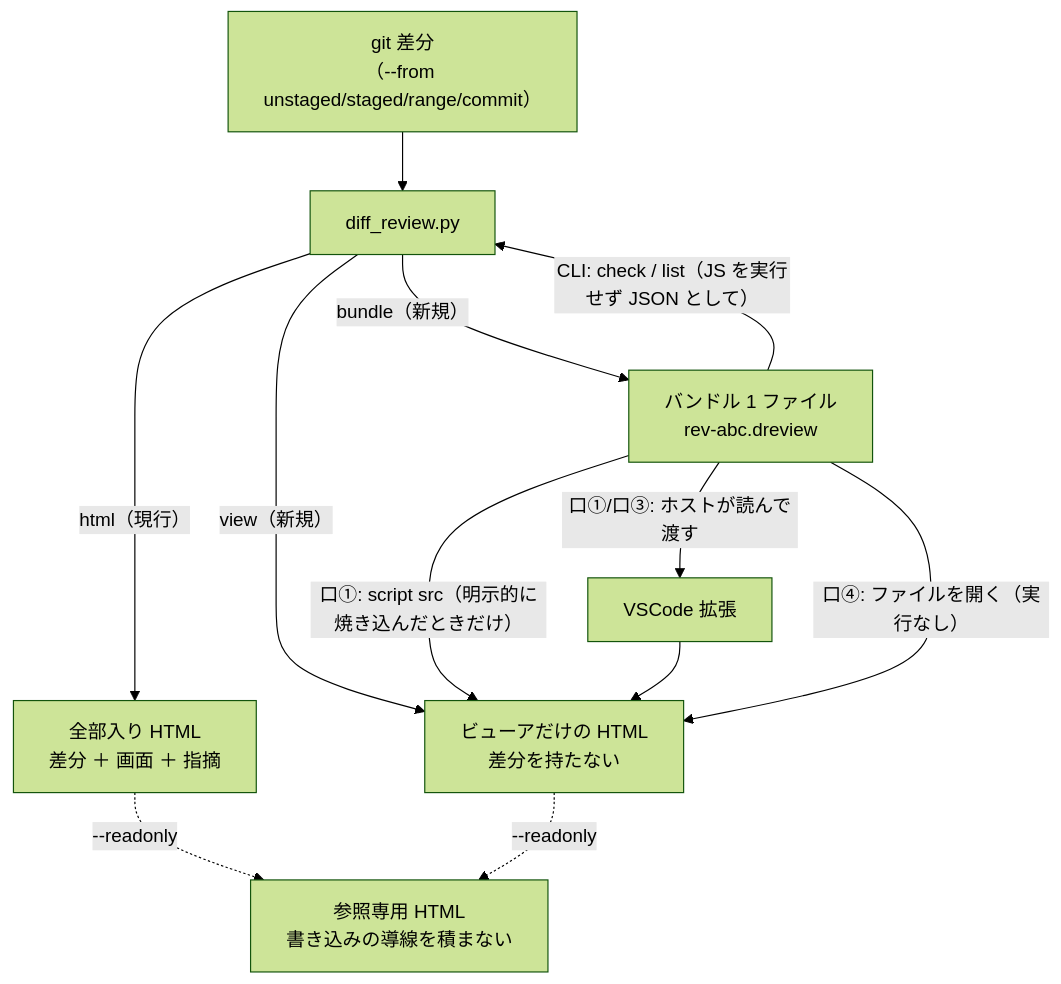
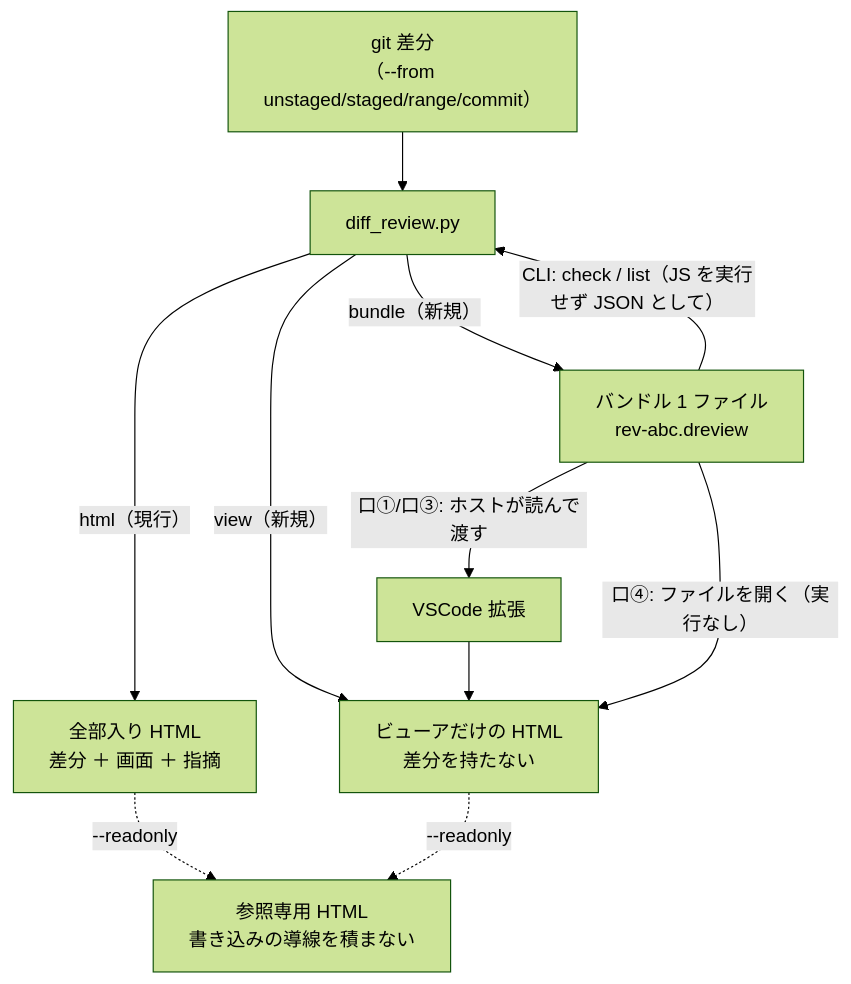
The diagram in .aidev/works/20260916-diff-review-bundle/design.md (asaomaro/public_docs), drawn with Mermaid (forest theme) before and after one commit. The commit also changed other lines of this file and 11 other files, not shown here.

````diff
--- a/.aidev/works/20260916-diff-review-bundle/design.md
+++ b/.aidev/works/20260916-diff-review-bundle/design.md
@@ -8,14 +8,13 @@
 ```mermaid
 flowchart TB
   G["git 差分<br/>（--from unstaged/staged/range/commit）"]
   G --> CLI["diff_review.py"]
   CLI -->|"html（現行）"| H1["全部入り HTML<br/>差分 ＋ 画面 ＋ 指摘"]
   CLI -->|"bundle（新規）"| B["バンドル 1 ファイル<br/>rev-abc.dreview"]
   CLI -->|"view（新規）"| V["ビューアだけの HTML<br/>差分を持たない"]
-  B -->|"口①: script src（明示的に焼き込んだときだけ）"| V
   B -->|"口①/口③: ホストが読んで渡す"| EXT["VSCode 拡張"] --> V
   B -->|"口④: ファイルを開く（実行なし）"| V
   B -->|"CLI: check / list（JS を実行せず JSON として）"| CLI
   H1 -.->|"--readonly"| RO["参照専用 HTML<br/>書き込みの導線を積まない"]
   V -.->|"--readonly"| RO
 ```
````
